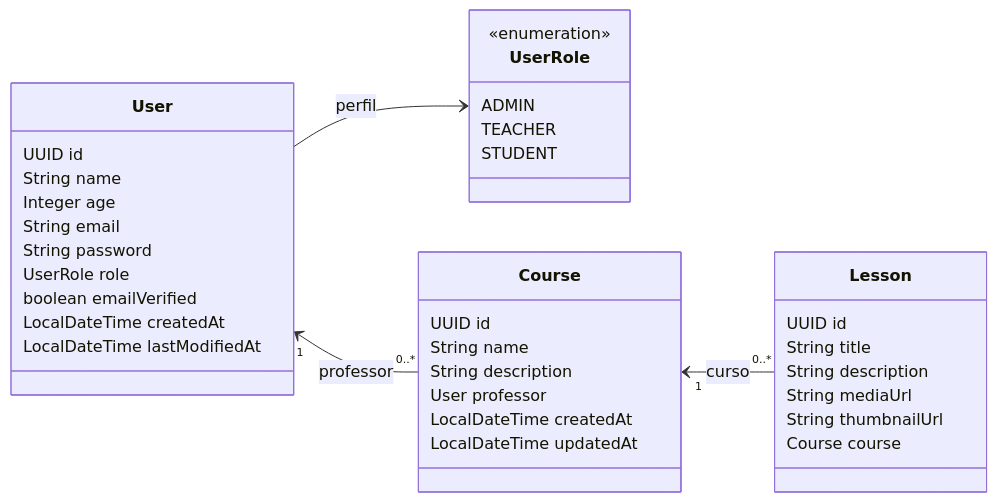
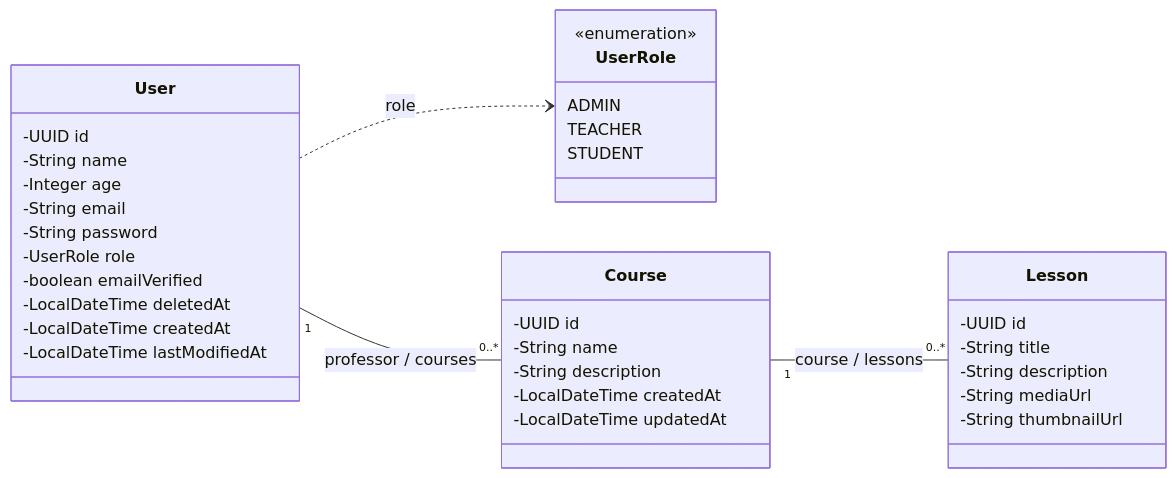
The diagram in docs/diagrama-de-classes.md (GabrielYYM/INVESTIR-MAIS), drawn with Mermaid before and after one commit. The commit also changed other lines of this file and 7 other files, not shown here.

Commit message:
docs: add architectural diagrams, project documentation, and frontend README

````diff
--- a/docs/diagrama-de-classes.md
+++ b/docs/diagrama-de-classes.md
@@ -5,45 +16,44 @@
 ```mermaid
 classDiagram
     direction LR
 
     class User {
-        UUID id
-        String name
-        Integer age
-        String email
-        String password
-        UserRole role
-        boolean emailVerified
-        LocalDateTime createdAt
-        LocalDateTime lastModifiedAt
+        -UUID id
+        -String name
+        -Integer age
+        -String email
+        -String password
+        -UserRole role
+        -boolean emailVerified
+        -LocalDateTime deletedAt
+        -LocalDateTime createdAt
+        -LocalDateTime lastModifiedAt
     }
 
     class UserRole {
         <<enumeration>>
         ADMIN
         TEACHER
         STUDENT
     }
 
     class Course {
-        UUID id
-        String name
-        String description
-        User professor
-        LocalDateTime createdAt
-        LocalDateTime updatedAt
+        -UUID id
+        -String name
+        -String description
+        -LocalDateTime createdAt
+        -LocalDateTime updatedAt
     }
 
     class Lesson {
-        UUID id
-        String title
-        String description
-        String mediaUrl
-        String thumbnailUrl
-        Course course
+        -UUID id
+        -String title
+        -String description
+        -String mediaUrl
+        -String thumbnailUrl
     }
 
-    User "1" <-- "0..*" Course : professor
-    Course "1" <-- "0..*" Lesson : curso
-    User --> UserRole : perfil
+    User "1" -- "0..*" Course : professor / courses
+    Course "1" -- "0..*" Lesson : course / lessons
+    User ..> UserRole : role
 ```
````
